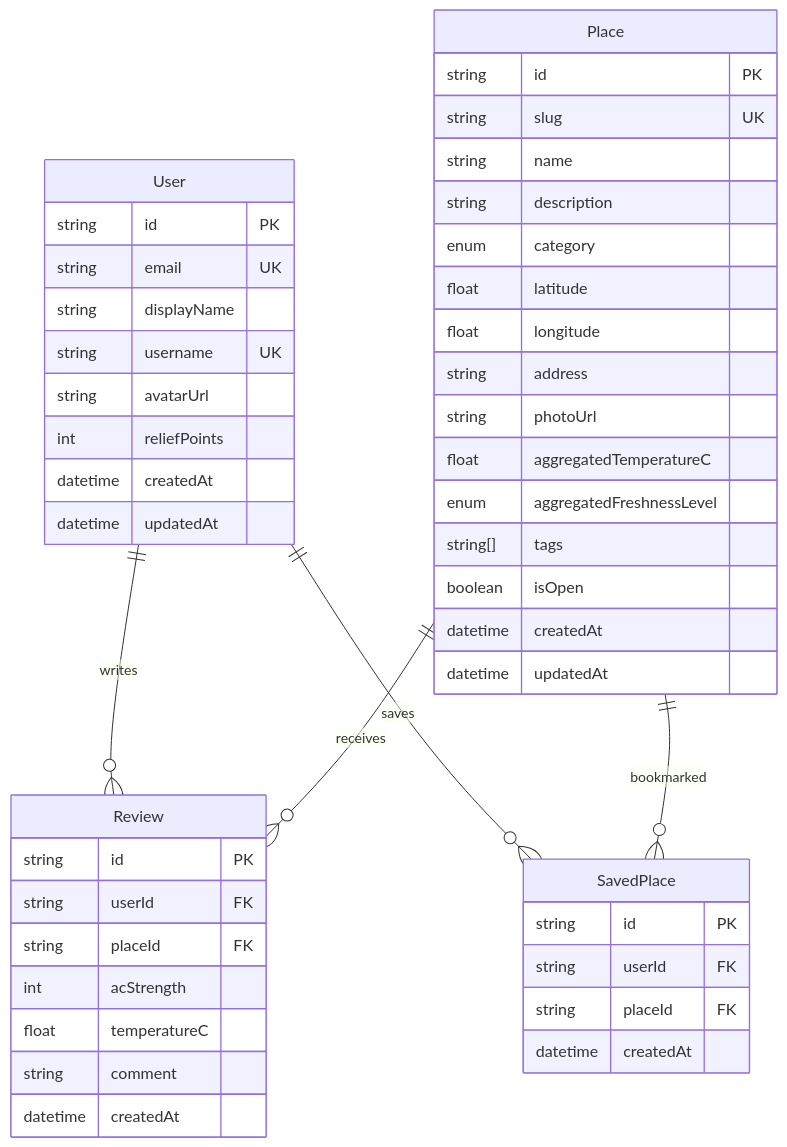
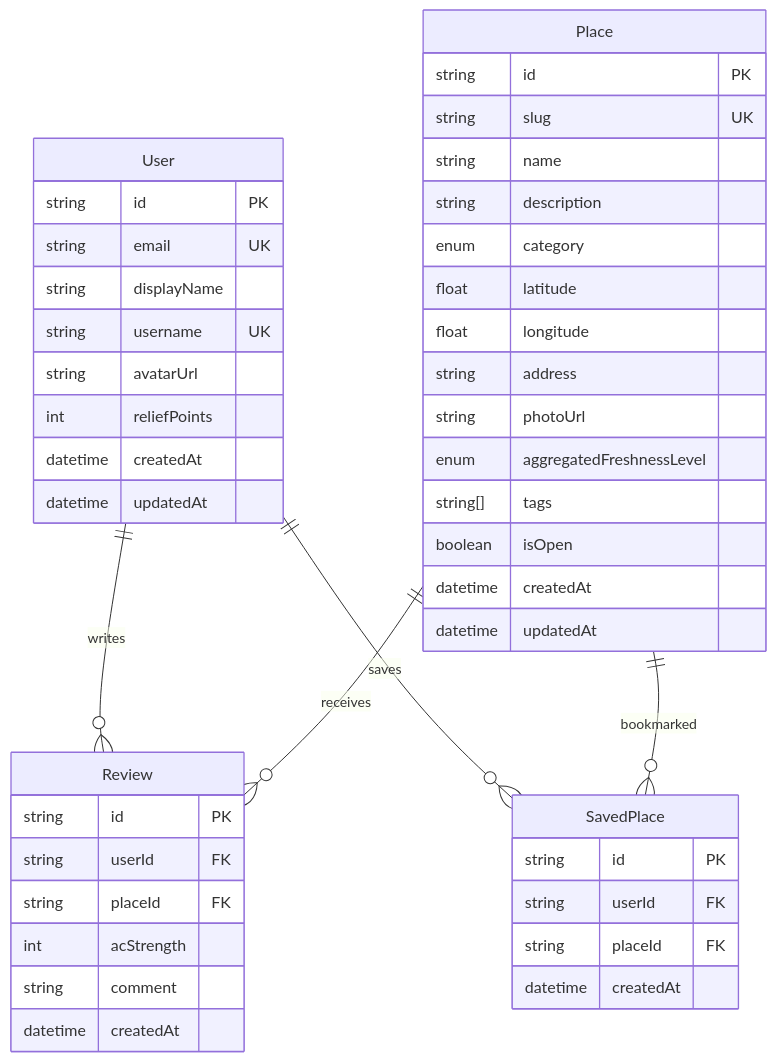
The diagram in docs/database.md (alexandrelheinen/freshy), drawn with Mermaid before and after one commit. The commit also changed other lines of this file and 21 other files, not shown here.

````diff
--- a/docs/database.md
+++ b/docs/database.md
@@ -29,53 +29,51 @@
 ```mermaid
 erDiagram
     User ||--o{ Review : writes
     User ||--o{ SavedPlace : saves
     Place ||--o{ Review : receives
     Place ||--o{ SavedPlace : bookmarked
 
     User {
         string id PK
         string email UK
         string displayName
         string username UK
         string avatarUrl
         int reliefPoints
         datetime createdAt
         datetime updatedAt
     }
 
     Place {
         string id PK
         string slug UK
         string name
         string description
         enum category
         float latitude
         float longitude
         string address
         string photoUrl
-        float aggregatedTemperatureC
         enum aggregatedFreshnessLevel
         string[] tags
         boolean isOpen
         datetime createdAt
         datetime updatedAt
     }
 
     Review {
         string id PK
         string userId FK
         string placeId FK
         int acStrength
-        float temperatureC
         string comment
         datetime createdAt
     }
 
     SavedPlace {
         string id PK
         string userId FK
         string placeId FK
         datetime createdAt
     }
 ```
````
